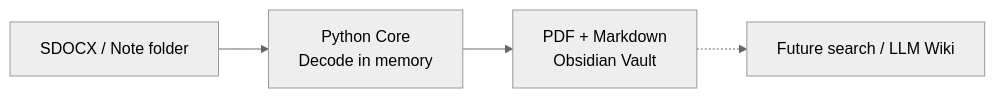
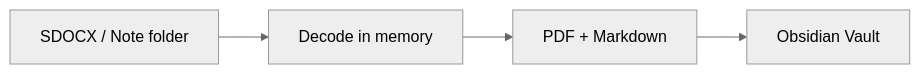
One commit to FalcoAmurensis/SNo2md changed the diagram in README.md. Above: the diagram before and after it, drawn with Mermaid (neutral theme). The commit also changed other lines of this file and 20 other files, not shown here.

````diff
--- a/README.md
+++ b/README.md
@@ -20,6 +187,6 @@
 ```mermaid
 flowchart LR
-    A["SDOCX / Note folder"] --> B["Python Core<br/>Decode in memory"]
-    B --> C["PDF + Markdown<br/>Obsidian Vault"]
-    C -.-> E["Future search / LLM Wiki"]
+    A["SDOCX / Note folder"] --> B["Decode in memory"]
+    B --> C["PDF + Markdown"]
+    C --> D["Obsidian Vault"]
 ```
````
